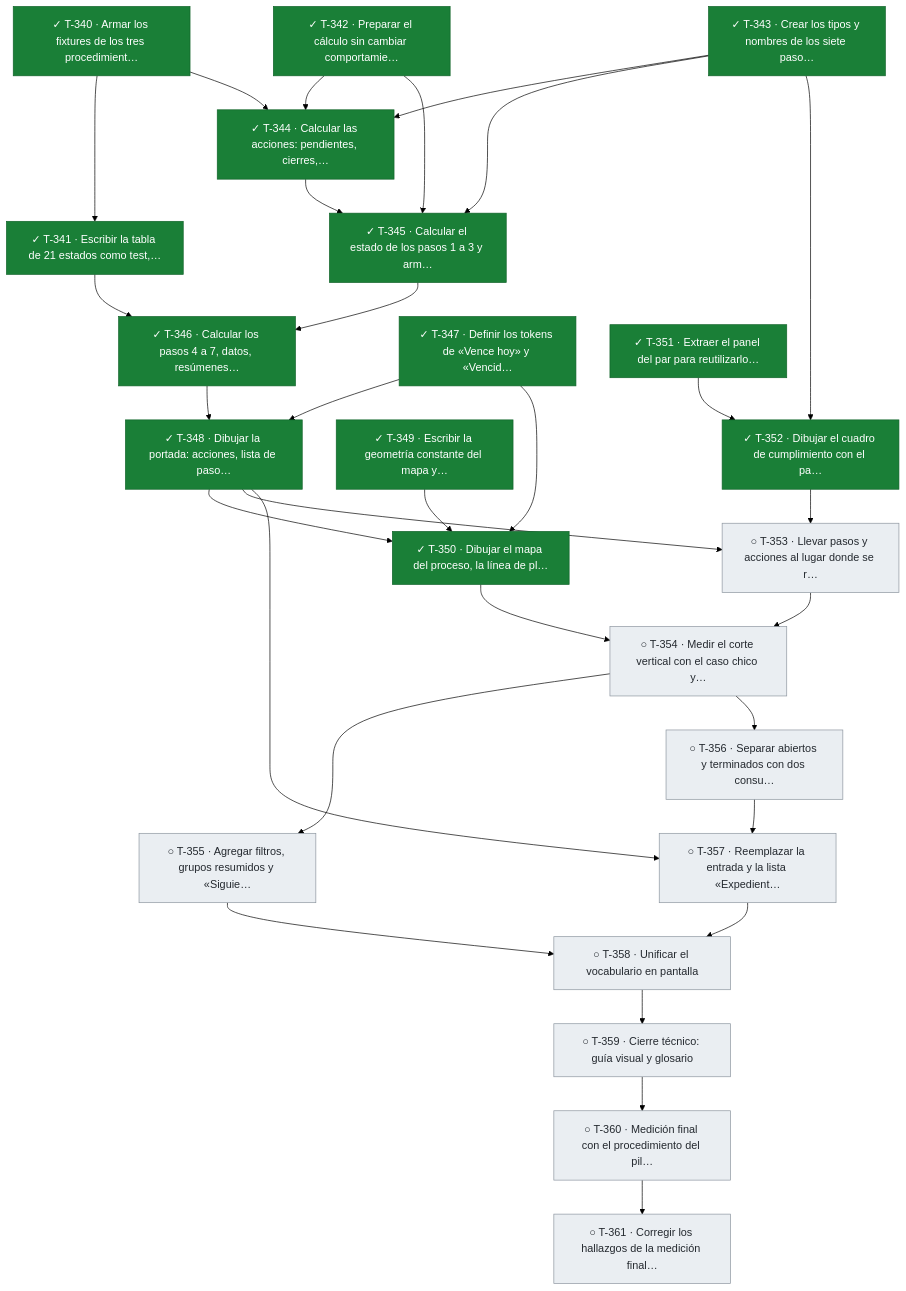
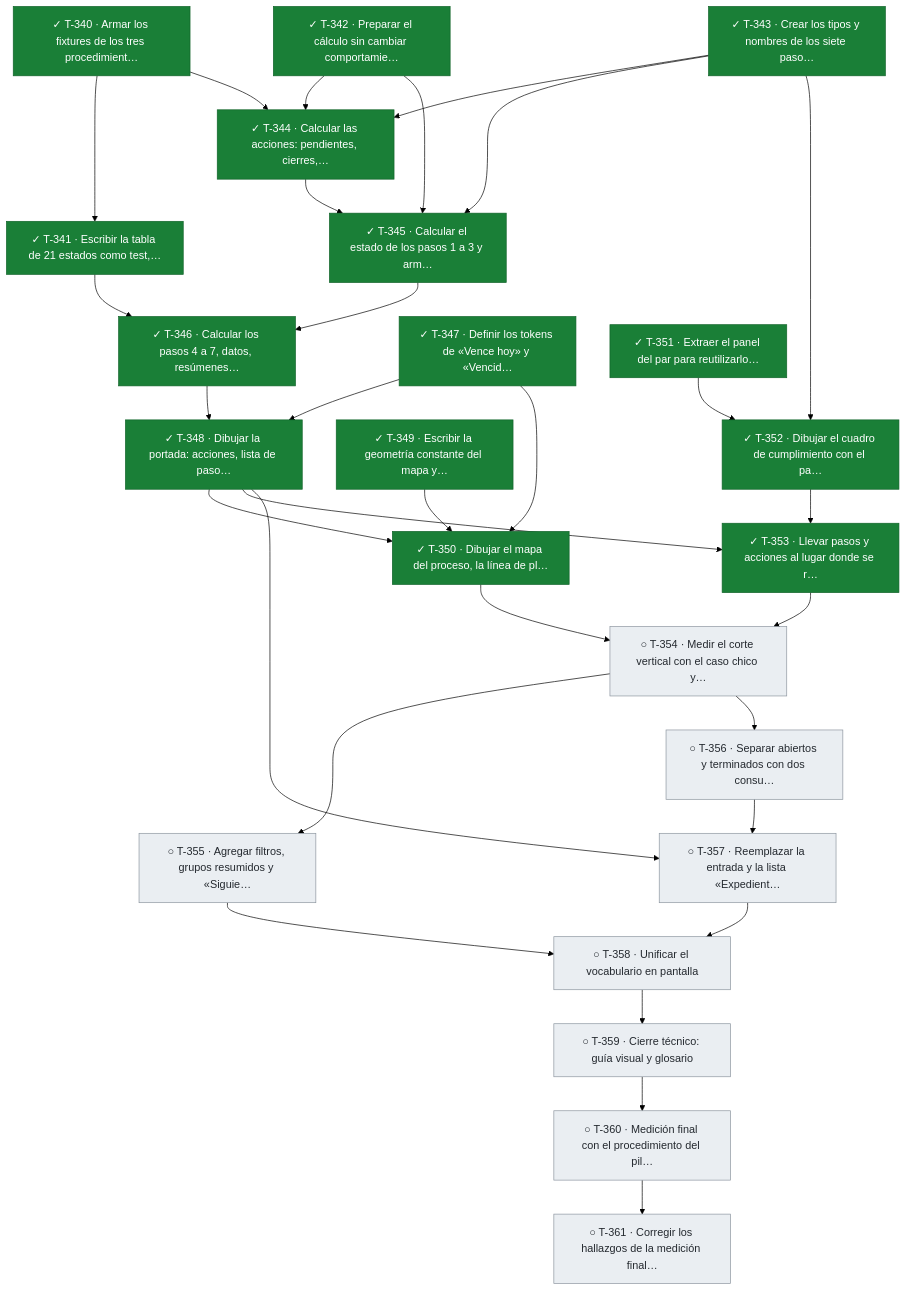
Before and after one commit to snavello/EVALUON: diagram 25 of 25 in docs/tablero.md, drawn with Mermaid (forest theme). The commit also changed other lines of this file and 1 other file, not shown here.

Commit message:
gestión: T-353 terminada (pasos y acciones llevan a donde se resuelven), avisos y tablero

````diff
--- a/docs/tablero.md
+++ b/docs/tablero.md
@@ -1922,59 +1922,59 @@
 ```mermaid
 flowchart TD
   T340["✓ T-340 · Armar los fixtures de los tres procedimient…"]:::done
   T341["✓ T-341 · Escribir la tabla de 21 estados como test,…"]:::done
   T342["✓ T-342 · Preparar el cálculo sin cambiar comportamie…"]:::done
   T343["✓ T-343 · Crear los tipos y nombres de los siete paso…"]:::done
   T344["✓ T-344 · Calcular las acciones: pendientes, cierres,…"]:::done
   T345["✓ T-345 · Calcular el estado de los pasos 1 a 3 y arm…"]:::done
   T346["✓ T-346 · Calcular los pasos 4 a 7, datos, resúmenes…"]:::done
   T347["✓ T-347 · Definir los tokens de «Vence hoy» y «Vencid…"]:::done
   T348["✓ T-348 · Dibujar la portada: acciones, lista de paso…"]:::done
   T349["✓ T-349 · Escribir la geometría constante del mapa y…"]:::done
   T350["✓ T-350 · Dibujar el mapa del proceso, la línea de pl…"]:::done
   T351["✓ T-351 · Extraer el panel del par para reutilizarlo…"]:::done
   T352["✓ T-352 · Dibujar el cuadro de cumplimiento con el pa…"]:::done
-  T353["○ T-353 · Llevar pasos y acciones al lugar donde se r…"]:::todo
+  T353["✓ T-353 · Llevar pasos y acciones al lugar donde se r…"]:::done
   T354["○ T-354 · Medir el corte vertical con el caso chico y…"]:::todo
   T355["○ T-355 · Agregar filtros, grupos resumidos y «Siguie…"]:::todo
   T356["○ T-356 · Separar abiertos y terminados con dos consu…"]:::todo
   T357["○ T-357 · Reemplazar la entrada y la lista «Expedient…"]:::todo
   T358["○ T-358 · Unificar el vocabulario en pantalla"]:::todo
   T359["○ T-359 · Cierre técnico: guía visual y glosario"]:::todo
   T360["○ T-360 · Medición final con el procedimiento del pil…"]:::todo
   T361["○ T-361 · Corregir los hallazgos de la medición final…"]:::todo
   T340 --> T341
   T340 --> T344
   T342 --> T344
   T343 --> T344
   T342 --> T345
   T343 --> T345
   T344 --> T345
   T341 --> T346
   T345 --> T346
   T346 --> T348
   T347 --> T348
   T347 --> T350
   T348 --> T350
   T349 --> T350
   T343 --> T352
   T351 --> T352
   T348 --> T353
   T352 --> T353
   T350 --> T354
   T353 --> T354
   T354 --> T355
   T354 --> T356
   T348 --> T357
   T356 --> T357
   T355 --> T358
   T357 --> T358
   T358 --> T359
   T359 --> T360
   T360 --> T361
   classDef done fill:#1a7f37,stroke:#116329,color:#ffffff
   classDef review fill:#0969da,stroke:#0550ae,color:#ffffff
   classDef active fill:#bf8700,stroke:#7d4e00,color:#ffffff
   classDef blocked fill:#cf222e,stroke:#a40e26,color:#ffffff
   classDef todo fill:#eaeef2,stroke:#8c959f,color:#24292f
 ```
````
